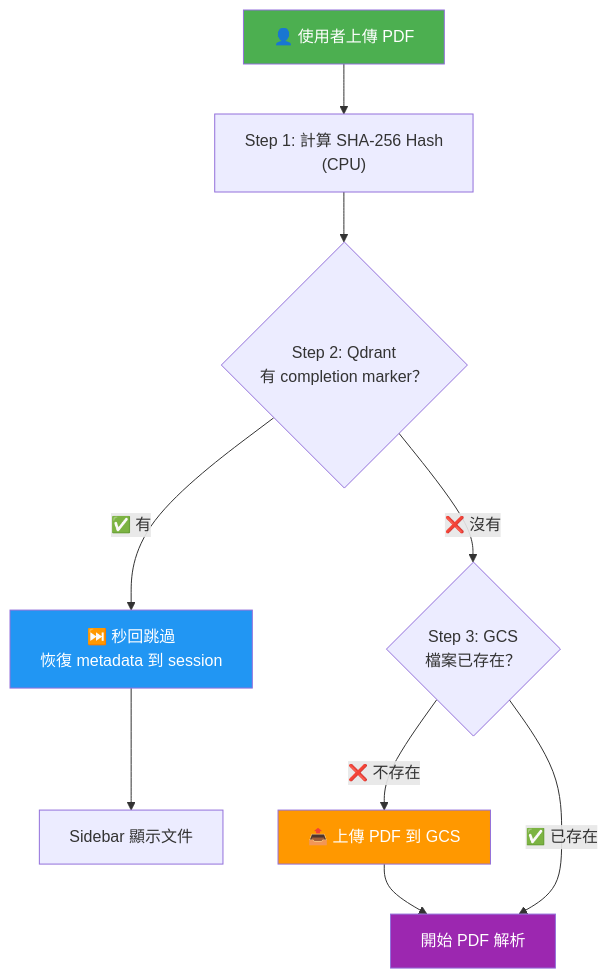
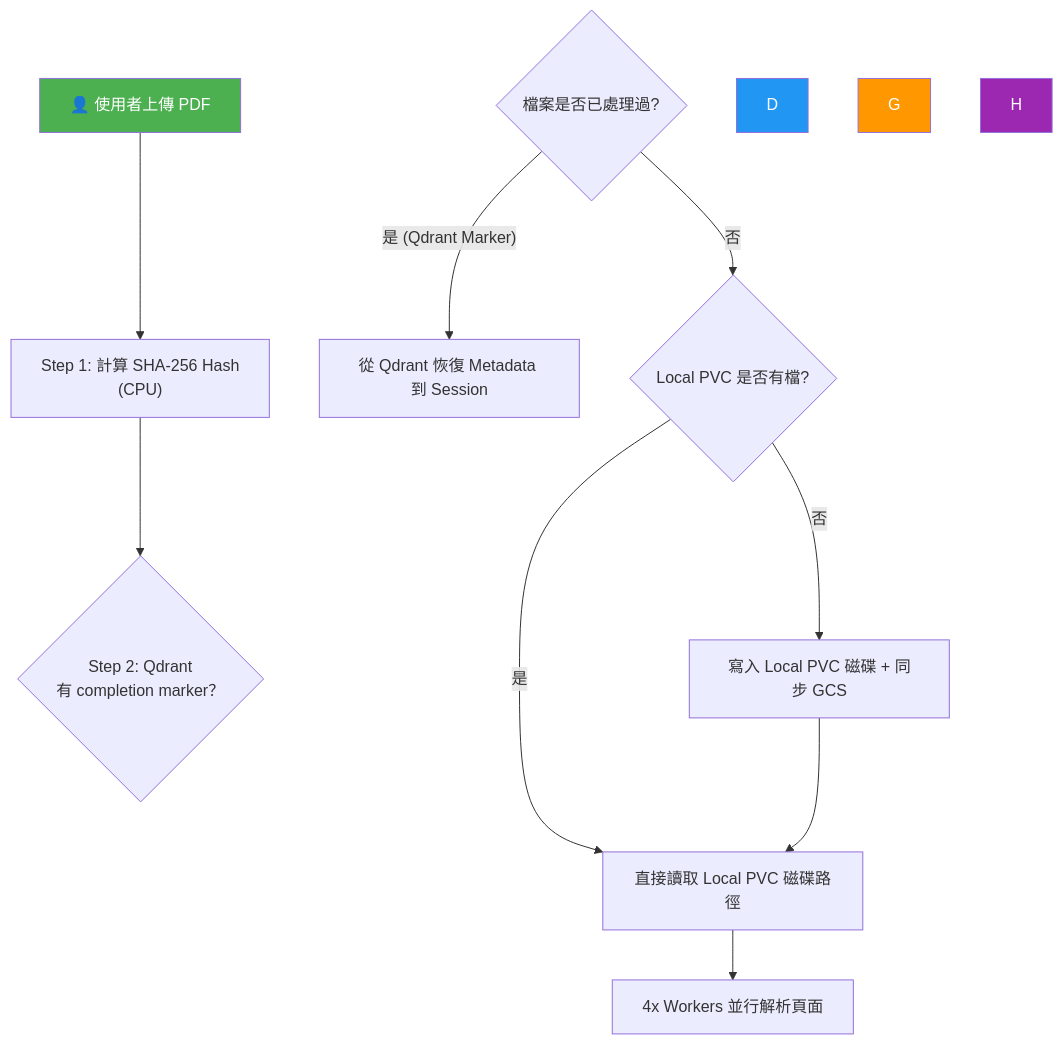
Before and after one commit to spike688023/pdf_parser_agent: the third of 7 diagrams in docs/pdf_pipeline_flowchart.md, drawn with Mermaid. The commit also changed other lines of this file and 5 other files, not shown here.

Commit message:
feat: optimize PDF processing with local persistent storage (1GB PVC), update docs and k8s configuration

````diff
--- a/docs/pdf_pipeline_flowchart.md
+++ b/docs/pdf_pipeline_flowchart.md
@@ -51,20 +63,19 @@
 ```mermaid
 flowchart TD
     A[👤 使用者上傳 PDF] --> B["Step 1: 計算 SHA-256 Hash<br/>(CPU)"]
     B --> C{"Step 2: Qdrant<br/>有 completion marker？"}
+    CheckExists{檔案是否已處理過?}
+    CheckExists -- 是 (Qdrant Marker) --> Found[從 Qdrant 恢復 Metadata 到 Session]
+    CheckExists -- 否 --> CheckLocal{Local PVC 是否有檔?}
     
-    C -->|✅ 有| D["⏭️ 秒回跳過<br/>恢復 metadata 到 session"]
-    D --> E[Sidebar 顯示文件]
+    CheckLocal -- 否 --> SaveLocal[寫入 Local PVC 磁碟 + 同步 GCS]
+    CheckLocal -- 是 --> Process[直接讀取 Local PVC 磁碟路徑]
     
-    C -->|❌ 沒有| F{"Step 3: GCS<br/>檔案已存在？"}
+    SaveLocal --> Process
     
-    F -->|❌ 不存在| G[📤 上傳 PDF 到 GCS]
-    G --> H[開始 PDF 解析]
-    
-    F -->|✅ 已存在| H
-
+    Process --> ParallelParse[4x Workers 並行解析頁面]
     style A fill:#4CAF50,color:#fff
     style D fill:#2196F3,color:#fff
     style G fill:#FF9800,color:#fff
     style H fill:#9C27B0,color:#fff
 ```
````
